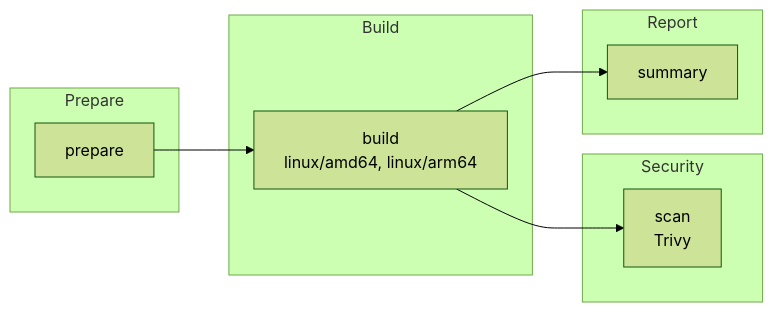
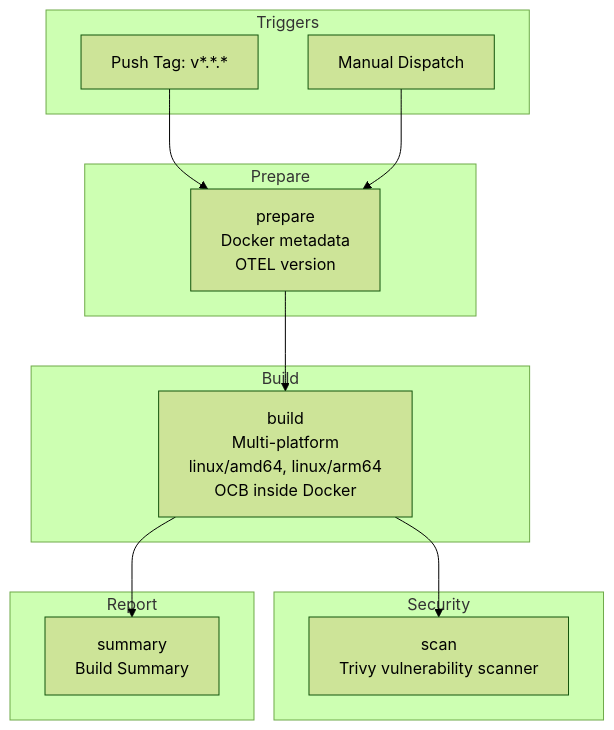
One commit to telemetryflow/telemetryflow-collector changed the tenth of 21 diagrams in docs/GITHUB-WORKFLOWS.md. Above: the diagram before and after it, drawn with Mermaid (forest theme). The commit also changed other lines of this file and 35 other files, not shown here.

````diff
--- a/docs/GITHUB-WORKFLOWS.md
+++ b/docs/GITHUB-WORKFLOWS.md
@@ -423,22 +370,30 @@
 ```mermaid
-flowchart LR
-    subgraph Prepare
-        A[prepare]
+flowchart TD
+    subgraph "Triggers"
+        T1[Push Tag: v*.*.*]
+        T2[Manual Dispatch]
     end
 
-    subgraph Build
-        B[build<br/>linux/amd64, linux/arm64]
+    subgraph "Prepare"
+        P[prepare<br/>Docker metadata<br/>OTEL version]
     end
 
-    subgraph Security
-        S[scan<br/>Trivy]
+    subgraph "Build"
+        B[build<br/>Multi-platform<br/>linux/amd64, linux/arm64<br/>OCB inside Docker]
     end
 
-    subgraph Report
-        R[summary]
+    subgraph "Security"
+        S[scan<br/>Trivy vulnerability scanner]
     end
 
-    A --> B
+    subgraph "Report"
+        R[summary<br/>Build Summary]
+    end
+
+    T1 --> P
+    T2 --> P
+
+    P --> B
     B --> S
     B --> R
 ```
````
